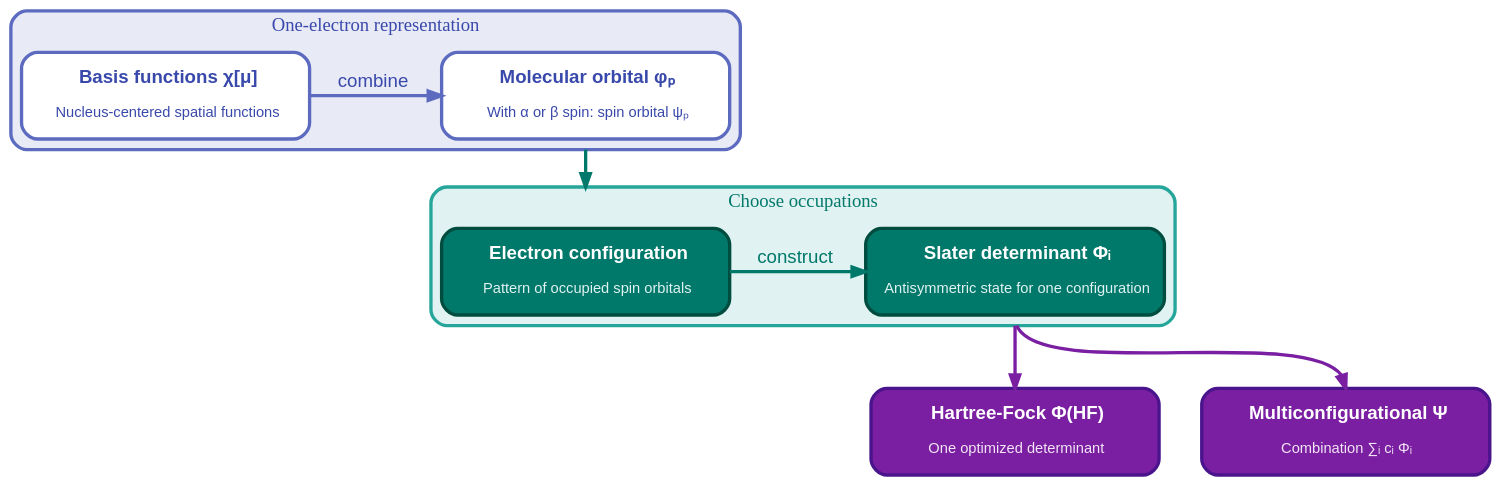
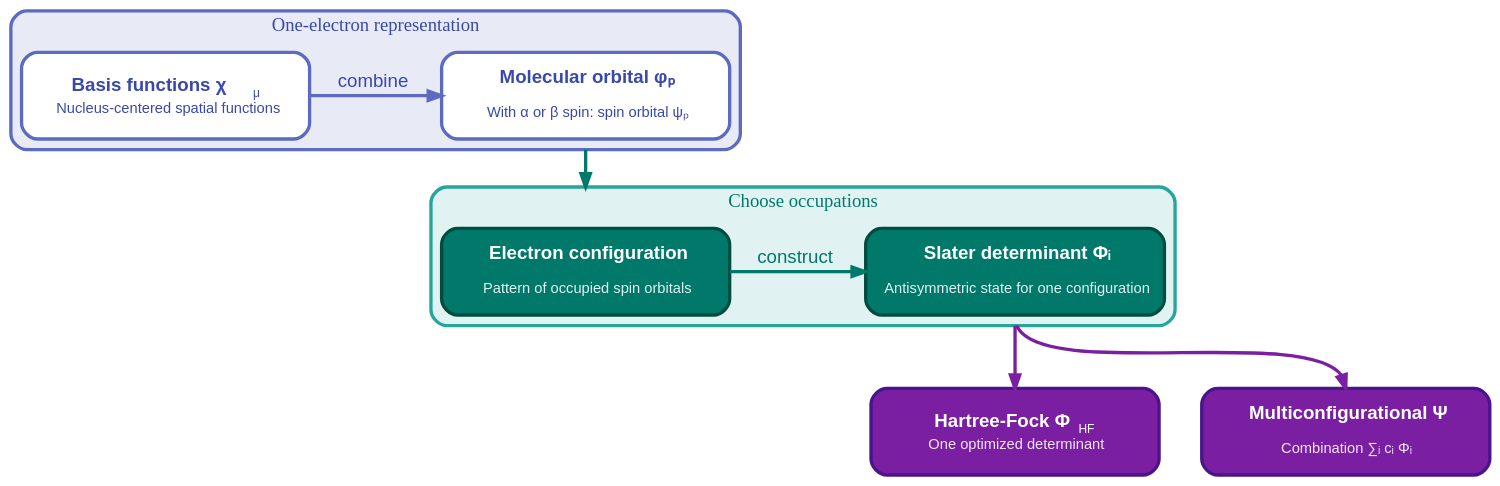
The diagram in docs/source/_static/diagrams/tutorial_qpe_wavefunction_hierarchy.dot (microsoft/qdk-chemistry), drawn with Graphviz before and after one commit. The commit also changed 1 other file, not shown here.

Commit message:
Restore Graphviz mathematical subscripts

```diff
--- a/docs/source/_static/diagrams/tutorial_qpe_wavefunction_hierarchy.dot
+++ b/docs/source/_static/diagrams/tutorial_qpe_wavefunction_hierarchy.dot
@@ -1,59 +1,59 @@
 digraph TutorialQpeWavefunctionHierarchy {
     rankdir=TB;
     ranksep=0.75;
     nodesep=0.45;
     newrank=true;
     compound=true;
     overlap=false;
     splines=spline;
     pad=0.2;
     bgcolor="transparent";
 
     node [shape=box, style="rounded,filled", fontname="Arial", width=3.0, height=0.9, margin="0.20,0.16"];
     edge [penwidth=2.5, arrowsize=1.0];
 
     subgraph cluster_one_electron {
         label="One-electron representation";
         style="filled,rounded";
         fillcolor="#E8EAF6";
         color="#5C6BC0";
         penwidth=2.5;
         fontsize=14;
         fontname="Arial Bold";
         fontcolor="#3949AB";
         rank=same;
 
-        Basis [label=<<B>Basis functions χ[μ]</B><BR/><BR/><FONT POINT-SIZE="11">Nucleus-centered spatial functions</FONT>>, fillcolor="#FFFFFF", color="#5C6BC0", penwidth=2.5, fontcolor="#3949AB", group=left];
+        Basis [label=<<TABLE BORDER="0" CELLBORDER="0" CELLSPACING="0" CELLPADDING="0"><TR><TD><B>Basis functions χ</B></TD><TD><FONT POINT-SIZE="9"><BR/>μ</FONT></TD></TR><TR><TD COLSPAN="2"><FONT POINT-SIZE="11">Nucleus-centered spatial functions</FONT></TD></TR></TABLE>>, fillcolor="#FFFFFF", color="#5C6BC0", penwidth=2.5, fontcolor="#3949AB", group=left];
         MolecularOrbital [label=<<B>Molecular orbital φₚ</B><BR/><BR/><FONT POINT-SIZE="11">With α or β spin: spin orbital ψₚ</FONT>>, fillcolor="#FFFFFF", color="#5C6BC0", penwidth=2.5, fontcolor="#3949AB", group=right];
 
         Basis -> MolecularOrbital [label="  combine  ", color="#5C6BC0", fontname="Arial", fontcolor="#3949AB"];
     }
 
     subgraph cluster_configuration {
         label="Choose occupations";
         style="filled,rounded";
         fillcolor="#E0F2F1";
         color="#26A69A";
         penwidth=2.5;
         fontsize=14;
         fontname="Arial Bold";
         fontcolor="#00796B";
         rank=same;
 
         Configuration [label=<<B>Electron configuration</B><BR/><BR/><FONT POINT-SIZE="11" COLOR="#E0F2F1">Pattern of occupied spin orbitals</FONT>>, fillcolor="#00796B", color="#004D40", penwidth=2.5, fontcolor="#FFFFFF", group=right];
         Determinant [label=<<B>Slater determinant Φᵢ</B><BR/><BR/><FONT POINT-SIZE="11" COLOR="#E0F2F1">Antisymmetric state for one configuration</FONT>>, fillcolor="#00796B", color="#004D40", penwidth=2.5, fontcolor="#FFFFFF", group=left];
 
         Configuration -> Determinant [label="  construct  ", color="#00796B", fontname="Arial", fontcolor="#00796B"];
     }
 
     subgraph wavefunctions {
         rank=same;
 
-        HartreeFock [label=<<B>Hartree-Fock Φ(HF)</B><BR/><BR/><FONT POINT-SIZE="11" COLOR="#F3E5F5">One optimized determinant</FONT>>, fillcolor="#7B1FA2", color="#4A148C", penwidth=2.5, fontcolor="#FFFFFF", group=left];
+        HartreeFock [label=<<TABLE BORDER="0" CELLBORDER="0" CELLSPACING="0" CELLPADDING="0"><TR><TD><B>Hartree-Fock Φ</B></TD><TD><FONT POINT-SIZE="9"><BR/>HF</FONT></TD></TR><TR><TD COLSPAN="2"><FONT POINT-SIZE="11" COLOR="#F3E5F5">One optimized determinant</FONT></TD></TR></TABLE>>, fillcolor="#7B1FA2", color="#4A148C", penwidth=2.5, fontcolor="#FFFFFF", group=left];
         MultiConfig [label=<<B>Multiconfigurational Ψ</B><BR/><BR/><FONT POINT-SIZE="11" COLOR="#F3E5F5">Combination ∑ᵢ cᵢ Φᵢ</FONT>>, fillcolor="#7B1FA2", color="#4A148C", penwidth=2.5, fontcolor="#FFFFFF", group=right];
     }
 
     MolecularOrbital:s -> Configuration:n [color="#00796B", ltail=cluster_one_electron, lhead=cluster_configuration, weight=10];
     Determinant:s -> HartreeFock:n [color="#7B1FA2", ltail=cluster_configuration, weight=5];
     Determinant:s -> MultiConfig:n [color="#7B1FA2", ltail=cluster_configuration, weight=5];
 }
```
